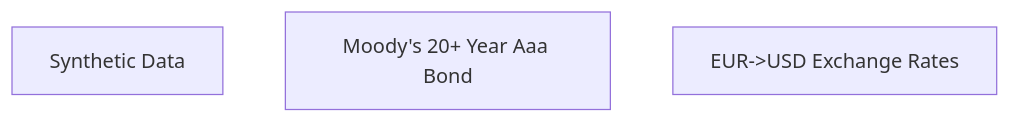
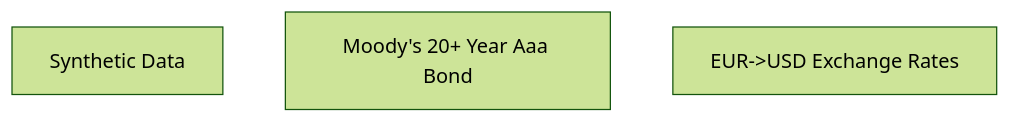
Before and after one commit to acatlin/test: the diagram in README.md, drawn with Mermaid.

Commit message:
Update README.md
breadcrumbs

````diff
--- a/README.md
+++ b/README.md
@@ -4,6 +4,7 @@
 ```mermaid
-graph TB
+%%{init: {'theme':'forest'}}%%
+graph TD
   A[Synthetic Data]
   B[Moody's 20+ Year Aaa Bond]
   C[EUR->USD Exchange Rates]
 ```
````
